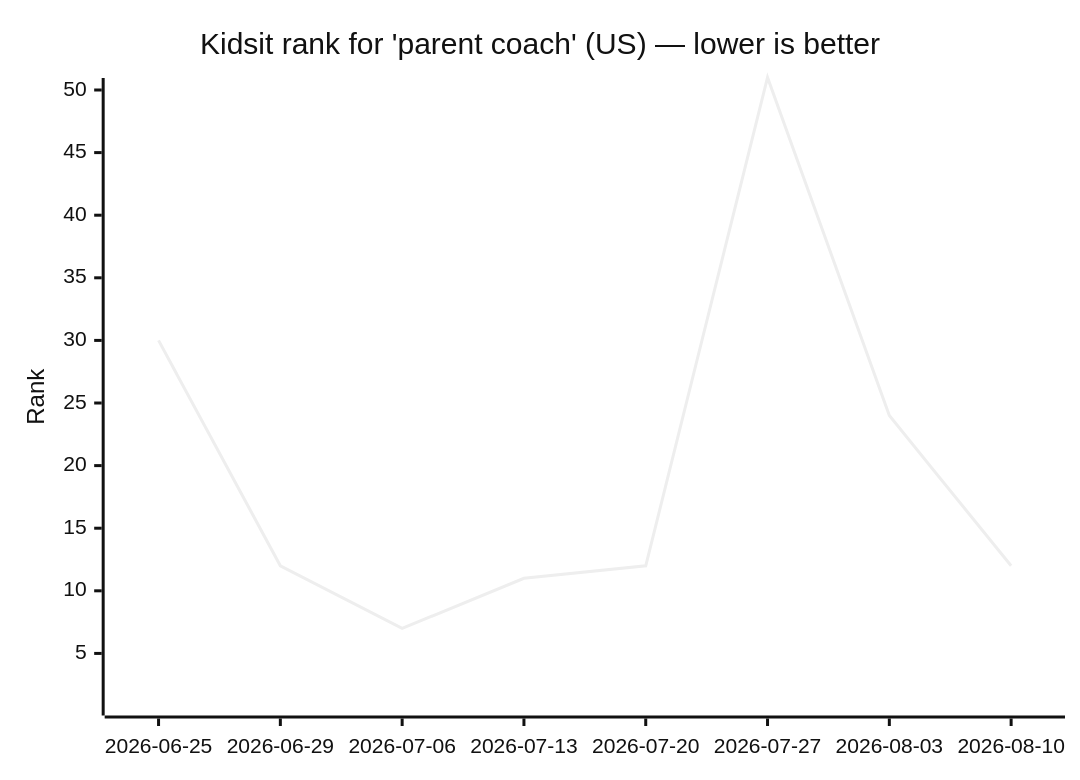
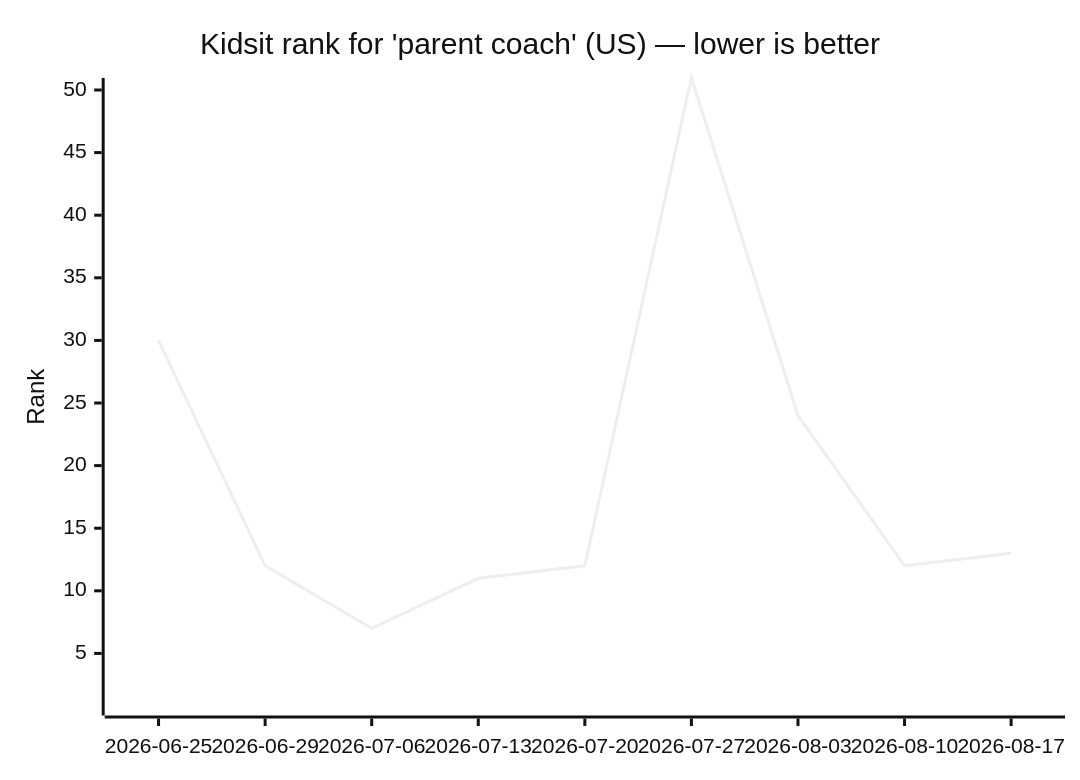
One commit to omer72/aso-tool changed the diagram in scout-log.md. Above: the diagram before and after it, drawn with Mermaid (neutral theme). The commit also changed other lines of this file, not shown here.

````diff
--- a/scout-log.md
+++ b/scout-log.md
@@ -8,7 +8,7 @@
 ```mermaid
 xychart-beta
     title "Kidsit rank for 'parent coach' (US) — lower is better"
-    x-axis ["2026-06-25", "2026-06-29", "2026-07-06", "2026-07-13", "2026-07-20", "2026-07-27", "2026-08-03", "2026-08-10"]
+    x-axis ["2026-06-25", "2026-06-29", "2026-07-06", "2026-07-13", "2026-07-20", "2026-07-27", "2026-08-03", "2026-08-10", "2026-08-17"]
     y-axis "Rank" 1 --> 50
-    line [30, 12, 7, 11, 12, 51, 24, 12]
+    line [30, 12, 7, 11, 12, 51, 24, 12, 13]
 ```
````
